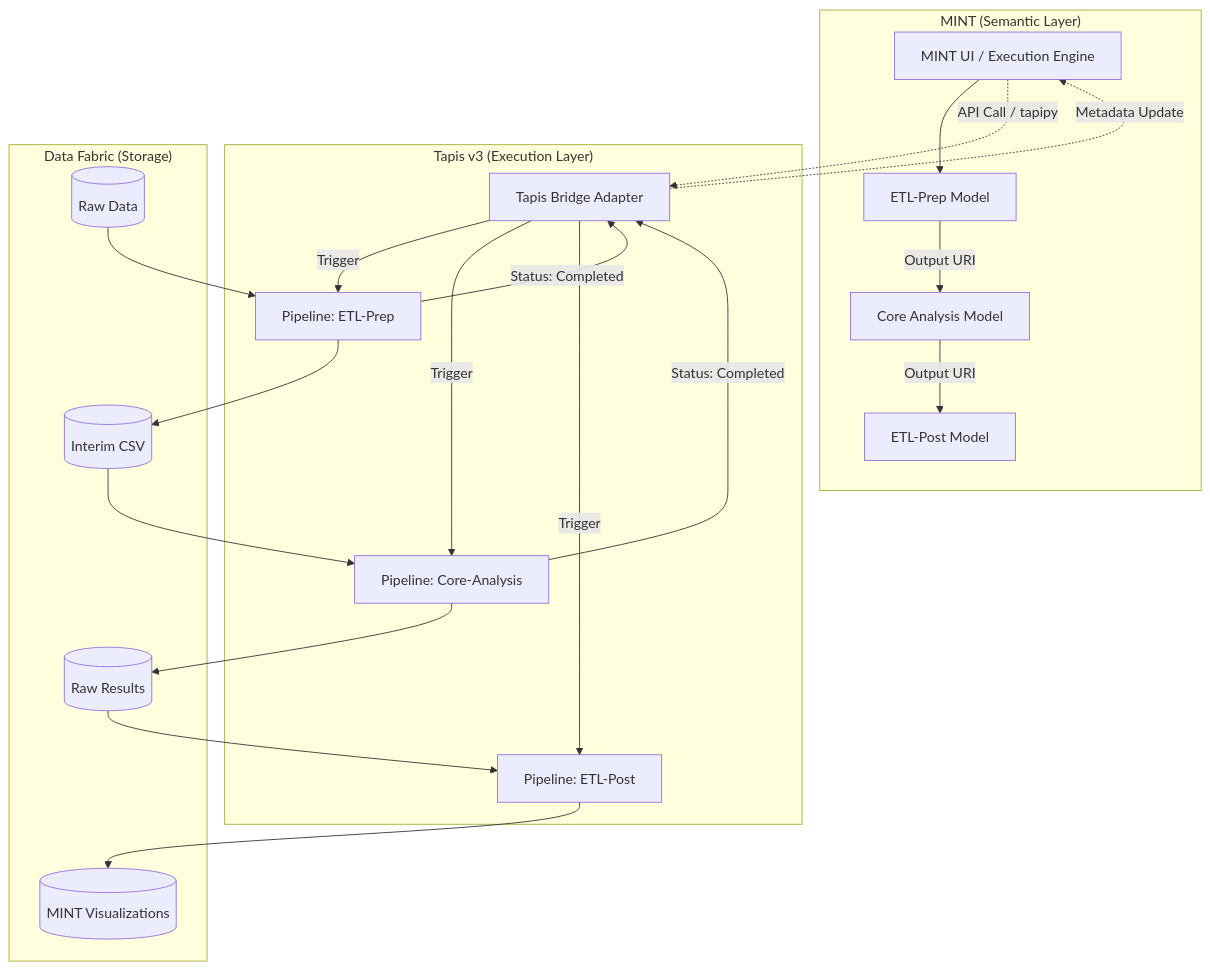
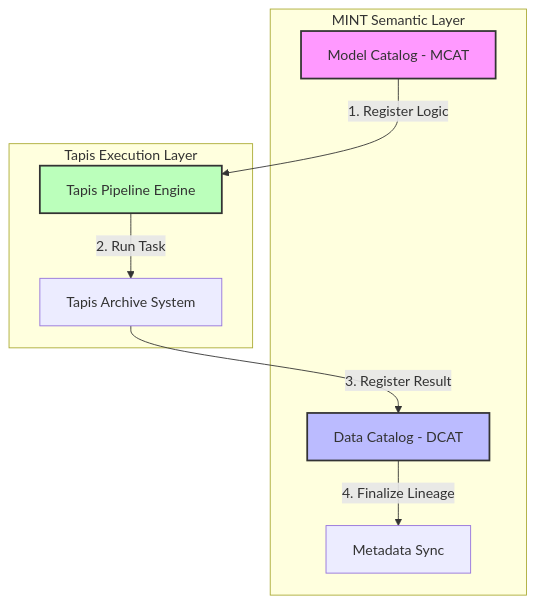
One commit to SethSterling22/Tapis_Workflow_Automation changed the diagram in Tapis_Mint_Workflow/README.md. Above: the diagram before and after it, drawn with Mermaid. The commit also changed other lines of this file and 2 other files, not shown here.

````diff
--- a/Tapis_Mint_Workflow/README.md
+++ b/Tapis_Mint_Workflow/README.md
@@ -39,35 +23,25 @@
 ```mermaid
 graph TD
-    subgraph MINT_Model_Catalog["MINT (Semantic Layer)"]
-        A[ETL-Prep Model] -->|Output URI| B[Core Analysis Model]
-        B -->|Output URI| C[ETL-Post Model]
-        M_UI[MINT UI / Execution Engine] --> A
+    subgraph MINT_Ecosystem["MINT Semantic Layer"]
+        MCAT[Model Catalog - MCAT]
+        DCAT[Data Catalog - DCAT]
+        Sync[Metadata Sync]
     end
 
-    subgraph Tapis_Cloud["Tapis v3 (Execution Layer)"]
-        T_Bridge[Tapis Bridge Adapter]
-        P1[Pipeline: ETL-Prep]
-        P2[Pipeline: Core-Analysis]
-        P3[Pipeline: ETL-Post]
-        
-        T_Bridge -->|Trigger| P1
-        P1 -->|Status: Completed| T_Bridge
-        T_Bridge -->|Trigger| P2
-        P2 -->|Status: Completed| T_Bridge
-        T_Bridge -->|Trigger| P3
+    subgraph Tapis_Execution["Tapis Execution Layer"]
+        Pipeline[Tapis Pipeline Engine]
+        Archive[Tapis Archive System]
     end
 
-    subgraph Data_Fabric["Data Fabric (Storage)"]
-        Raw[(Raw Data)] --> P1
-        P1 --> Int[(Interim CSV)]
-        Int --> P2
-        P2 --> Res[(Raw Results)]
-        Res --> P3
-        P3 --> Final[(MINT Visualizations)]
-    end
-
-    %% Connections
-    M_UI -.->|API Call / tapipy| T_Bridge
-    T_Bridge -.->|Metadata Update| M_UI
+    %% Flow
+    MCAT -->|1. Register Logic| Pipeline
+    Pipeline -->|2. Run Task| Archive
+    Archive -->|3. Register Result| DCAT
+    DCAT -->|4. Finalize Lineage| Sync
+    
+    %% Details
+    style MCAT fill:#f9f,stroke:#333,stroke-width:2px
+    style DCAT fill:#bbf,stroke:#333,stroke-width:2px
+    style Pipeline fill:#bfb,stroke:#333,stroke-width:2px
 
 ```
````
